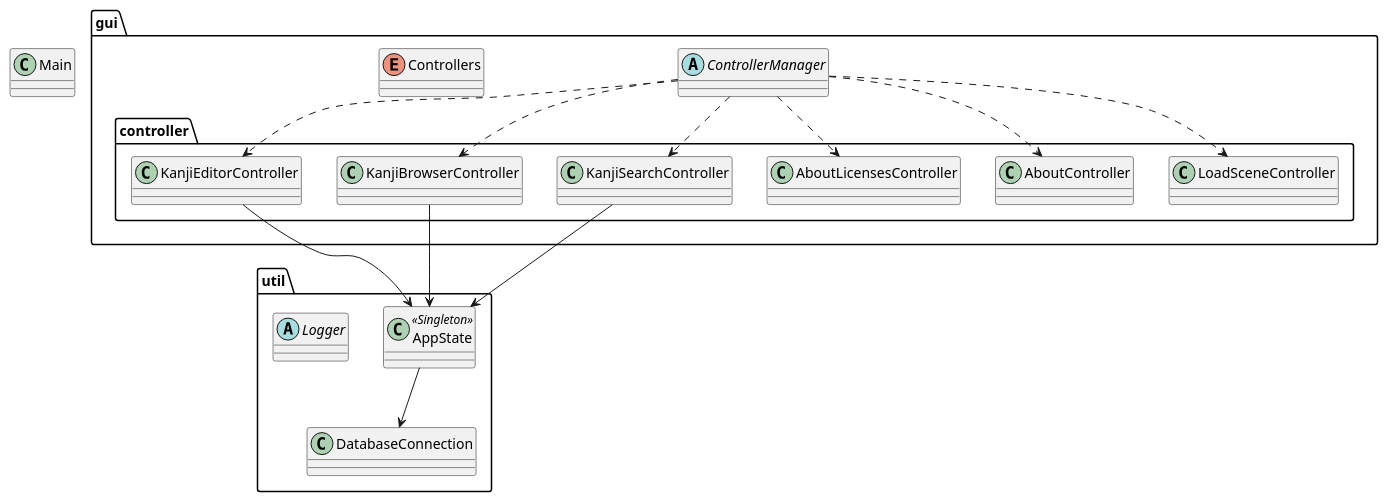
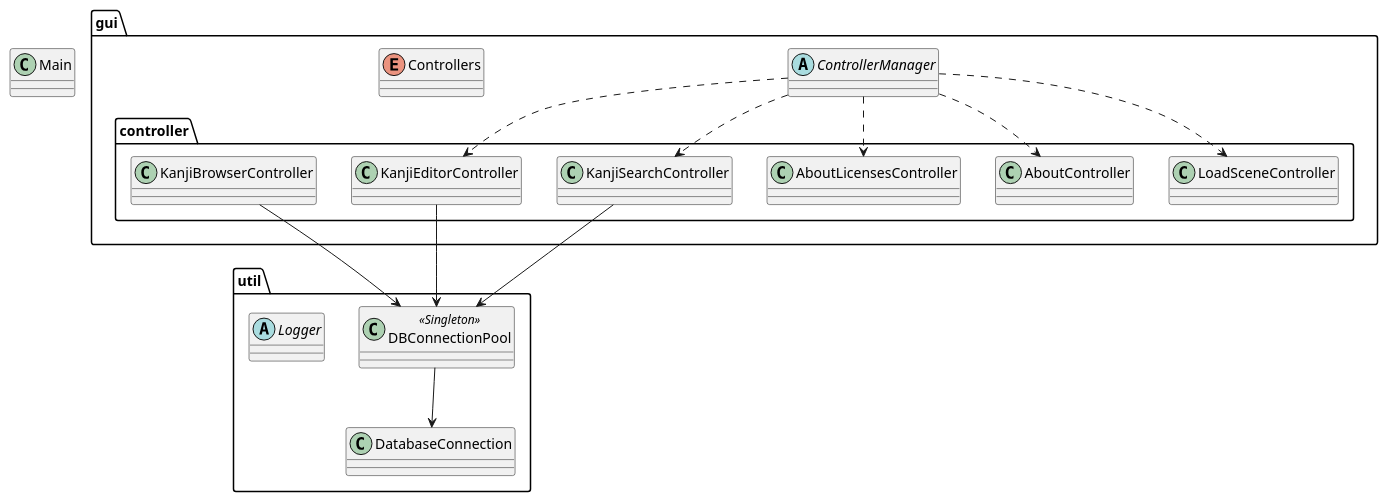
Before and after one commit to understanding-the-kanji/utk: the diagram in docs/plantuml/class_relationship_diagram.puml, drawn with PlantUML. The commit also changed 22 other files, not shown here.

```diff
--- a/docs/plantuml/class_relationship_diagram.puml
+++ b/docs/plantuml/class_relationship_diagram.puml
@@ -1,33 +1,31 @@
 @startuml
 
 class Main
 
 abstract gui.ControllerManager
 enum gui.Controllers
 
 class gui.controller.LoadSceneController
 class gui.controller.AboutController
 class gui.controller.AboutLicensesController
 class gui.controller.KanjiSearchController
-class gui.controller.KanjiBrowserController
 class gui.controller.KanjiEditorController
 
-class util.AppState <<Singleton>>
+class util.DBConnectionPool <<Singleton>>
 
 abstract util.Logger
 class util.DatabaseConnection
 
 gui.ControllerManager ..> gui.controller.LoadSceneController
 gui.ControllerManager ..> gui.controller.AboutController
 gui.ControllerManager ..> gui.controller.AboutLicensesController
 gui.ControllerManager ..> gui.controller.KanjiSearchController
-gui.ControllerManager ..> gui.controller.KanjiBrowserController
 gui.ControllerManager ..> gui.controller.KanjiEditorController
 
-util.AppState --> util.DatabaseConnection
+util.DBConnectionPool --> util.DatabaseConnection
 
-gui.controller.KanjiSearchController --> util.AppState
-gui.controller.KanjiBrowserController --> util.AppState
-gui.controller.KanjiEditorController --> util.AppState
+gui.controller.KanjiSearchController --> util.DBConnectionPool
+gui.controller.KanjiBrowserController --> util.DBConnectionPool
+gui.controller.KanjiEditorController --> util.DBConnectionPool
 
 @enduml
```
